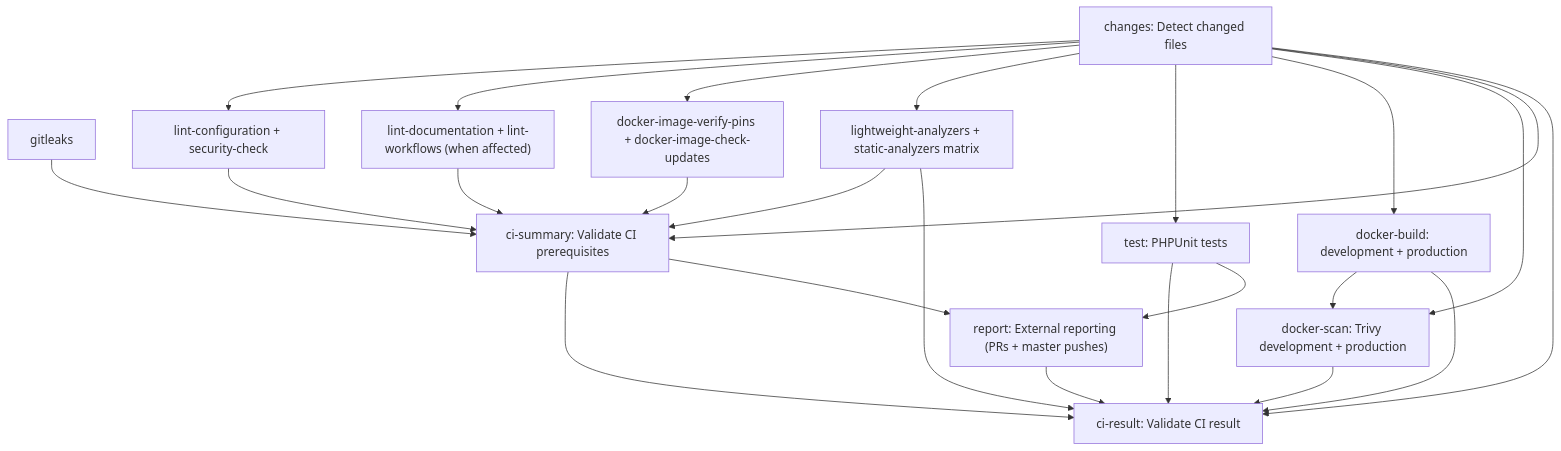
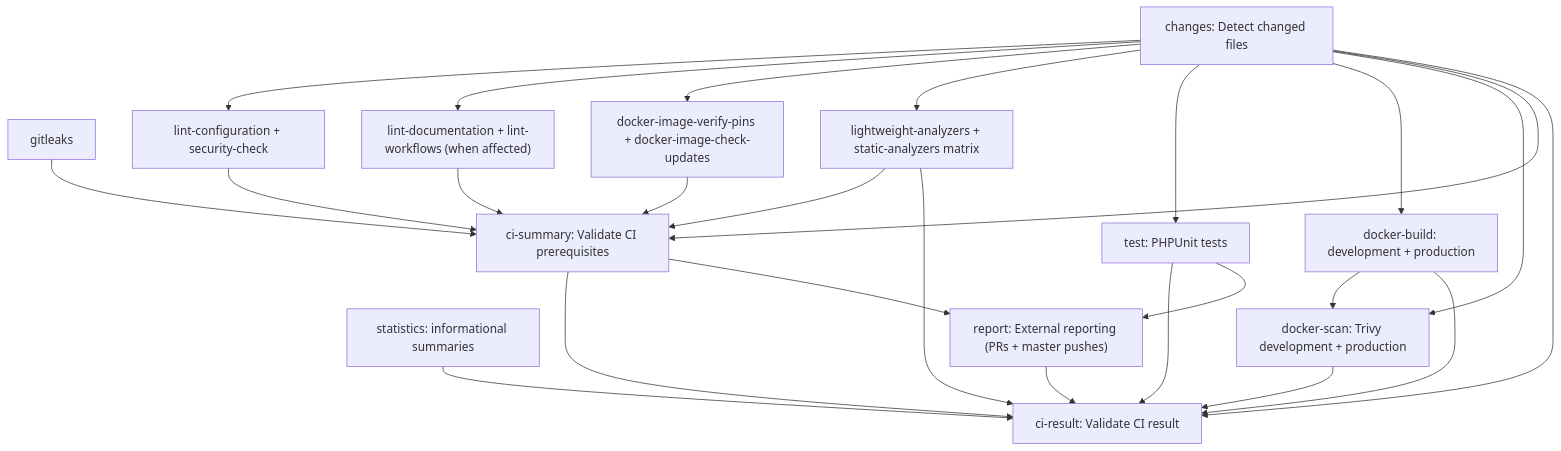
One commit to tarlepp/symfony-flex-backend changed the second of 3 diagrams in doc/GITHUB_WORKFLOWS.md. Above: the diagram before and after it, drawn with Mermaid. The commit also changed other lines of this file and 11 other files, not shown here.

Commit message:
Feat(ci): add informational workflow statistics summaries

````diff
--- a/doc/GITHUB_WORKFLOWS.md
+++ b/doc/GITHUB_WORKFLOWS.md
@@ -229,38 +229,40 @@
 ```mermaid
 flowchart TD
     Changes["changes: Detect changed files"]
     Independent["gitleaks"]
+    Statistics["statistics: informational summaries"]
     Documentation["lint-documentation + lint-workflows (when affected)"]
     Checks["lint-configuration + security-check"]
     Images["docker-image-verify-pins + docker-image-check-updates"]
     Analyzers["lightweight-analyzers + static-analyzers matrix"]
     Tests["test: PHPUnit tests"]
     Builds["docker-build: development + production"]
     Scans["docker-scan: Trivy development + production"]
     Prereq["ci-summary: Validate CI prerequisites"]
     Final["ci-result: Validate CI result"]
     Report["report: External reporting (PRs + master pushes)"]
     Changes --> Checks
     Changes --> Documentation
     Changes --> Images
     Changes --> Analyzers
     Changes --> Tests
     Changes --> Builds
     Changes --> Scans
     Builds --> Scans
     Changes --> Prereq
     Independent --> Prereq
     Documentation --> Prereq
     Checks --> Prereq
     Images --> Prereq
     Analyzers --> Prereq
     Changes --> Final
+    Statistics --> Final
     Prereq --> Final
     Analyzers --> Final
     Tests --> Final
     Builds --> Final
     Scans --> Final
     Prereq --> Report
     Tests --> Report
     Report --> Final
 ```
````
